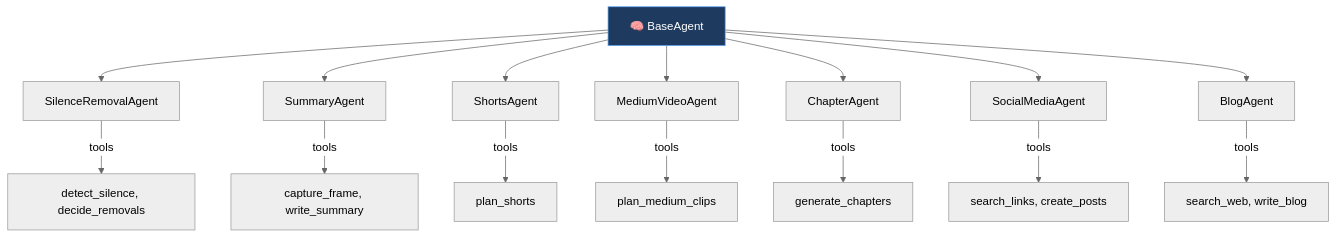
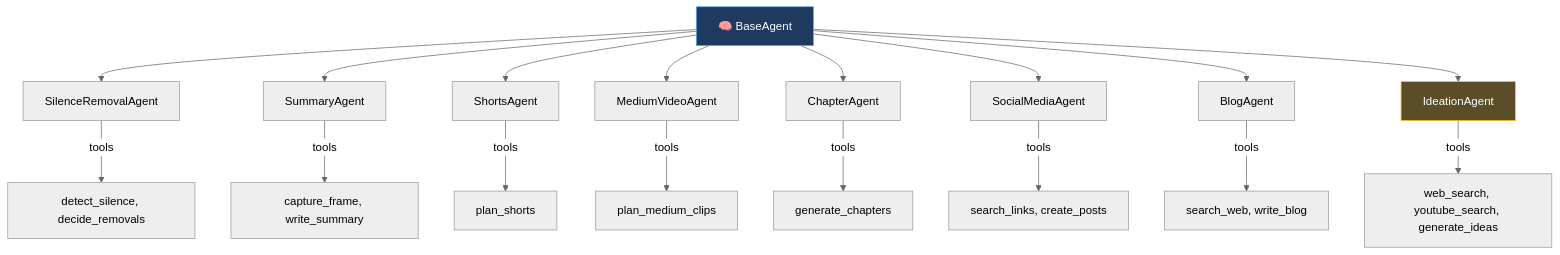
One commit to htekdev/vidpipe changed the second of 2 diagrams in README.md. Above: the diagram before and after it, drawn with Mermaid (neutral theme). The commit also changed other lines of this file and 6 other files, not shown here.

````diff
--- a/README.md
+++ b/README.md
@@ -315,20 +404,23 @@
 ```mermaid
 graph TD
     BP[🧠 BaseAgent] --> SRA[SilenceRemovalAgent]
     BP --> SA[SummaryAgent]
     BP --> SHA[ShortsAgent]
     BP --> MVA[MediumVideoAgent]
     BP --> CA[ChapterAgent]
     BP --> SMA[SocialMediaAgent]
     BP --> BA[BlogAgent]
+    BP --> IA[IdeationAgent]
 
     SRA -->|tools| T1[detect_silence, decide_removals]
     SHA -->|tools| T2[plan_shorts]
     MVA -->|tools| T3[plan_medium_clips]
     CA -->|tools| T4[generate_chapters]
     SA -->|tools| T5[capture_frame, write_summary]
     SMA -->|tools| T6[search_links, create_posts]
     BA -->|tools| T7[search_web, write_blog]
+    IA -->|tools| T8[web_search, youtube_search, generate_ideas]
 
     style BP fill:#1e3a5f,stroke:#60a5fa,color:#fff
+    style IA fill:#5a4d27,stroke:#fbbf24,color:#fff
 ```
````
